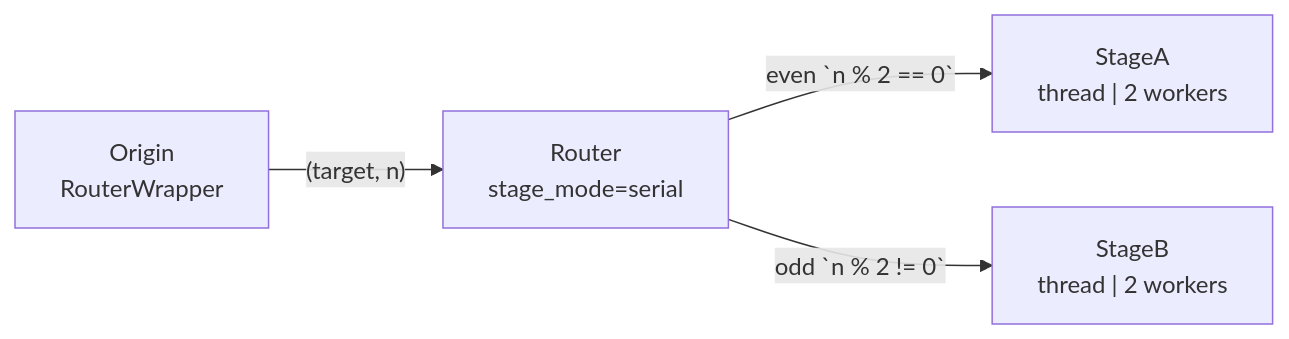
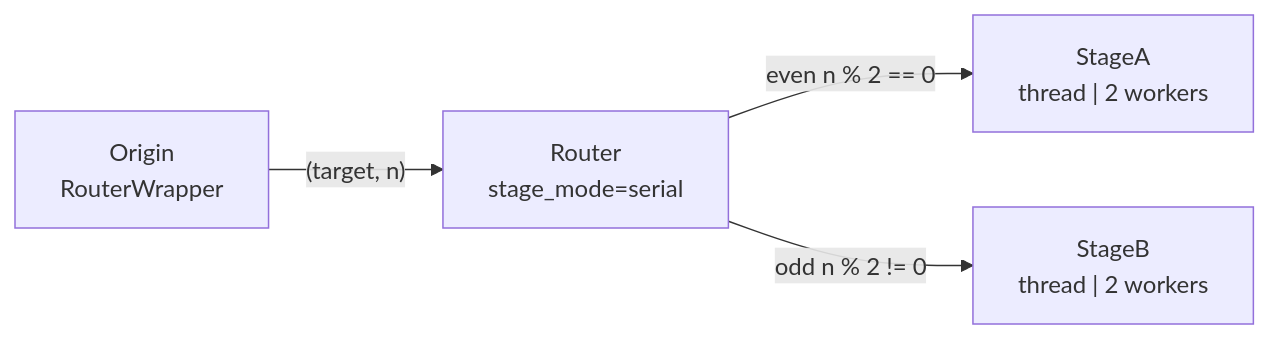
One commit to Mr-xiaotian/CelestialFlow changed the third of 3 diagrams in docs/en/demo/demo_stages.md. Above: the diagram before and after it, drawn with Mermaid. The commit also changed other lines of this file and 278 other files, not shown here.

````diff
--- a/docs/en/demo/demo_stages.md
+++ b/docs/en/demo/demo_stages.md
@@ -75,6 +70,6 @@
 ```mermaid
 flowchart LR
     Origin["Origin<br/>RouterWrapper"] -->|"(target, n)"| Router["Router<br/>stage_mode=serial"]
-    Router -->|even `n % 2 == 0`| StageA["StageA<br/>thread | 2 workers"]
-    Router -->|odd `n % 2 != 0`| StageB["StageB<br/>thread | 2 workers"]
+    Router -->|even n % 2 == 0| StageA["StageA<br/>thread | 2 workers"]
+    Router -->|odd n % 2 != 0| StageB["StageB<br/>thread | 2 workers"]
 ```
````
